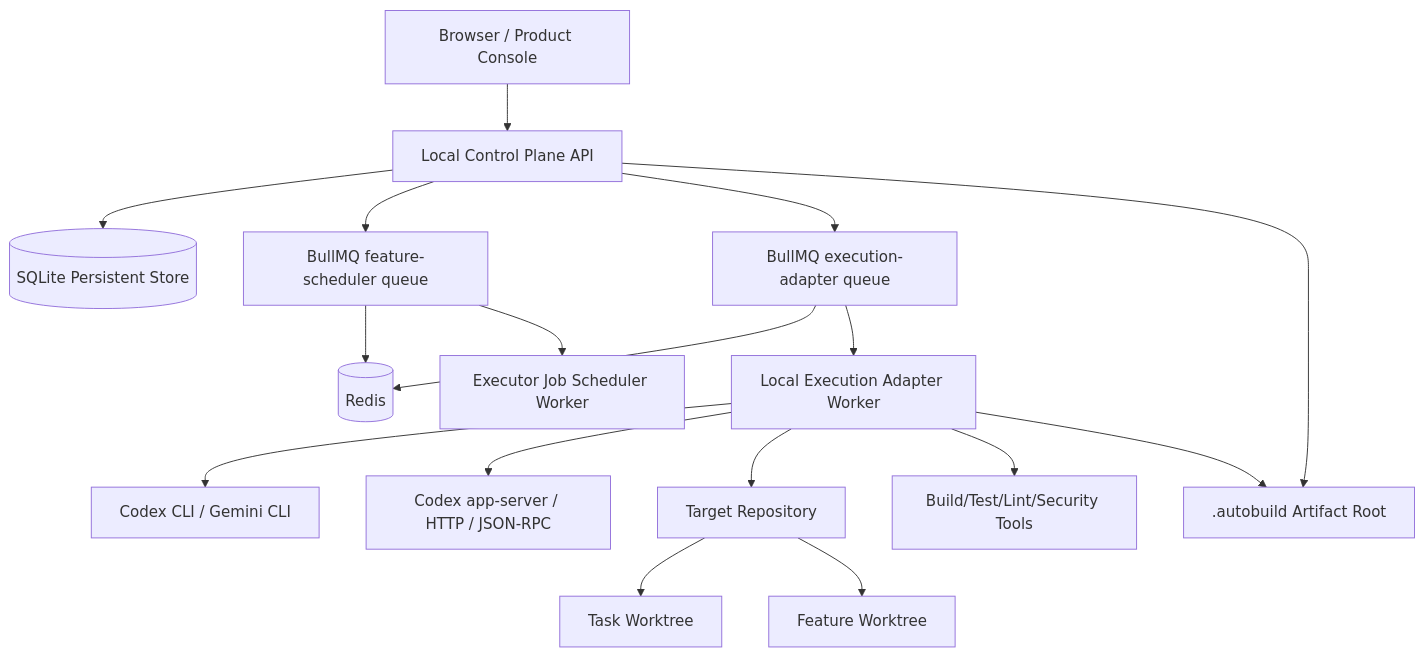
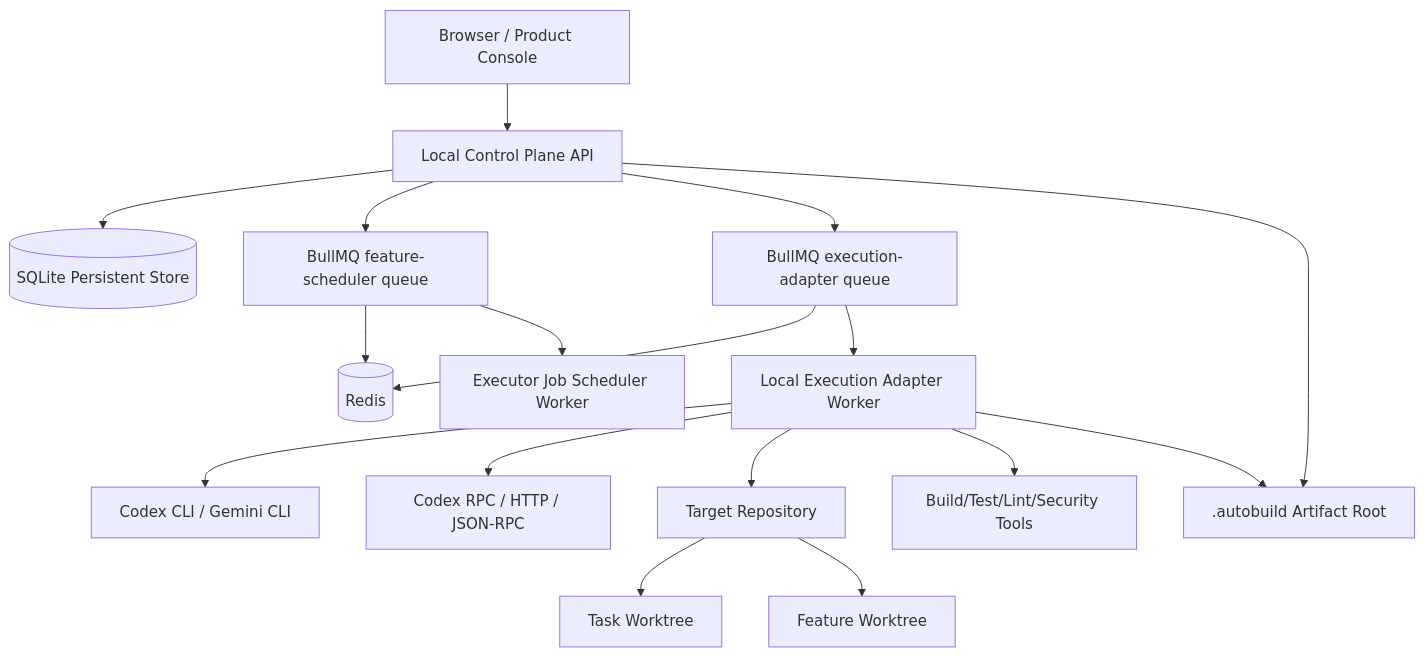
One commit to songcojp/Spec-Driven-Autonomous-Coding-System changed the sixth of 6 diagrams in docs/zh-CN/hld.md. Above: the diagram before and after it, drawn with Mermaid. The commit also changed other lines of this file and 26 other files, not shown here.

Commit message:
refactor: rename Codex RPC provider

````diff
--- a/docs/zh-CN/hld.md
+++ b/docs/zh-CN/hld.md
@@ -783,19 +783,19 @@
 ```mermaid
 flowchart TB
   Browser[Browser / Product Console] --> API[Local Control Plane API]
   API --> DB[(SQLite Persistent Store)]
   API --> FeatureQueue[BullMQ feature-scheduler queue]
   API --> AdapterQueue[BullMQ execution-adapter queue]
   FeatureQueue --> Redis[(Redis)]
   AdapterQueue --> Redis
   API --> Files[.autobuild Artifact Root]
   FeatureQueue --> FeatureWorker[Executor Job Scheduler Worker]
   AdapterQueue --> ExecAdapter[Local Execution Adapter Worker]
   ExecAdapter --> CodingCLI[Codex CLI / Gemini CLI]
-  ExecAdapter --> RpcProvider[Codex app-server / HTTP / JSON-RPC]
+  ExecAdapter --> RpcProvider[Codex RPC / HTTP / JSON-RPC]
   ExecAdapter --> Repo[Target Repository]
   Repo --> WT1[Task Worktree]
   Repo --> WT2[Feature Worktree]
   ExecAdapter --> Tools[Build/Test/Lint/Security Tools]
   ExecAdapter --> Files
 ```
````
